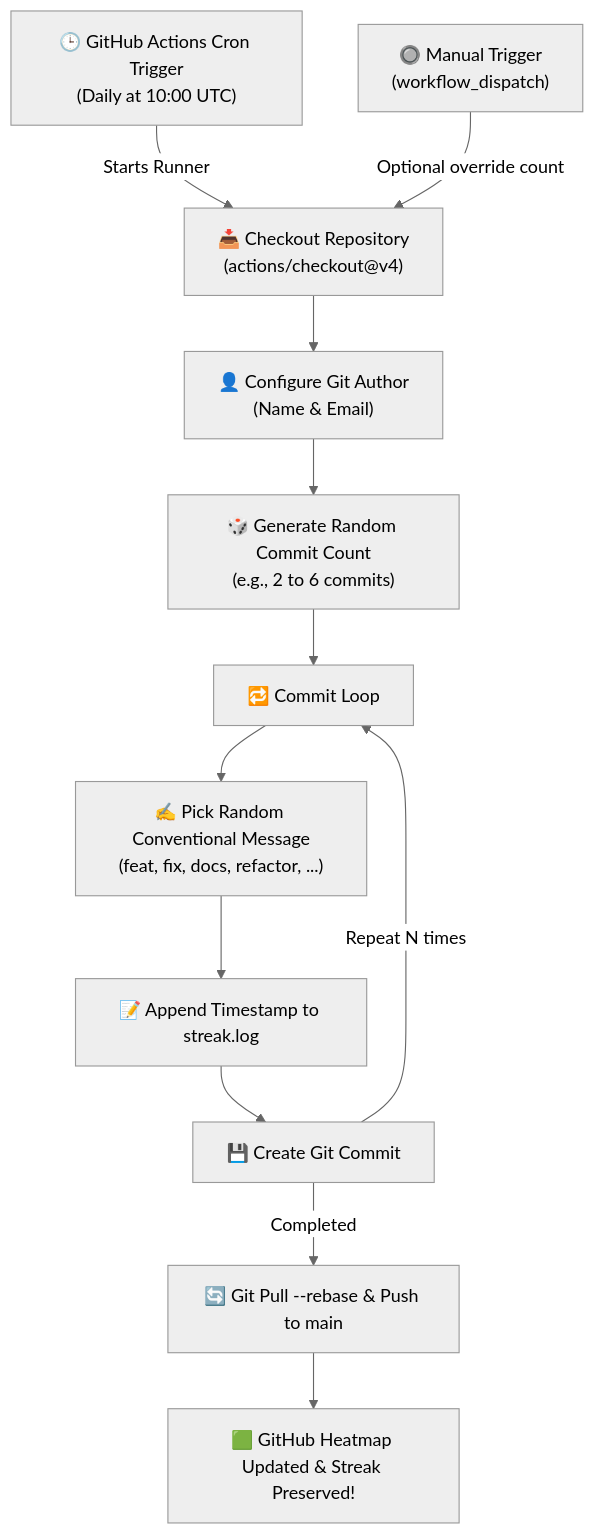
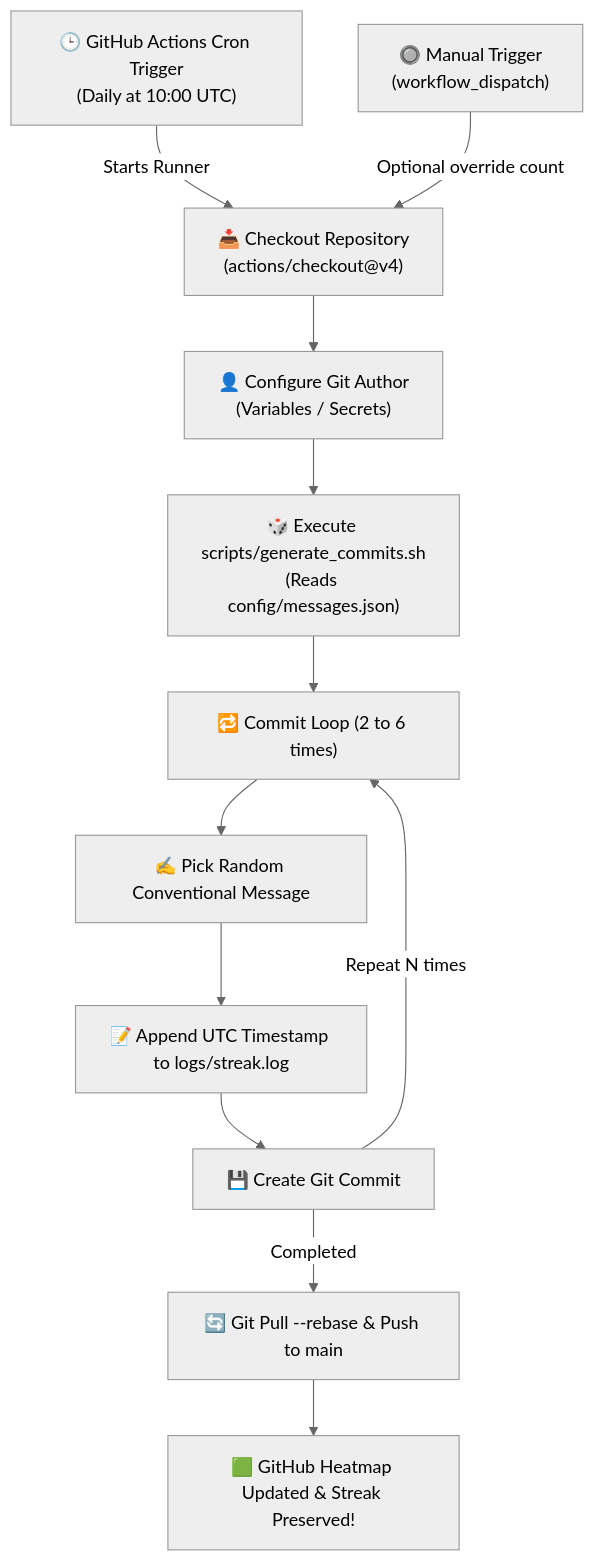
Before and after one commit to MahmoudEsawi/streak-keeper: the diagram in README.md, drawn with Mermaid (neutral theme). The commit also changed other lines of this file and 38 other files, not shown here.

Commit message:
refactor: implement clean architecture, modular scripts, CI pipeline, and open source standard files

````diff
--- a/README.md
+++ b/README.md
@@ -58,14 +103,14 @@
 ```mermaid
 flowchart TD
     A["🕒 GitHub Actions Cron Trigger\n(Daily at 10:00 UTC)"] -->|Starts Runner| B["📥 Checkout Repository\n(actions/checkout@v4)"]
     A2["🔘 Manual Trigger\n(workflow_dispatch)"] -->|Optional override count| B
-    B --> C["👤 Configure Git Author\n(Name & Email)"]
-    C --> D["🎲 Generate Random Commit Count\n(e.g., 2 to 6 commits)"]
-    D --> E["🔁 Commit Loop"]
-    E --> F["✍️ Pick Random Conventional Message\n(feat, fix, docs, refactor, ...)"]
-    F --> G["📝 Append Timestamp to streak.log"]
+    B --> C["👤 Configure Git Author\n(Variables / Secrets)"]
+    C --> D["🎲 Execute scripts/generate_commits.sh\n(Reads config/messages.json)"]
+    D --> E["🔁 Commit Loop (2 to 6 times)"]
+    E --> F["✍️ Pick Random Conventional Message"]
+    F --> G["📝 Append UTC Timestamp to logs/streak.log"]
     G --> H["💾 Create Git Commit"]
     H -->|Repeat N times| E
     H -->|Completed| I["🔄 Git Pull --rebase & Push to main"]
     I --> J["🟩 GitHub Heatmap Updated & Streak Preserved!"]
 ```
````
